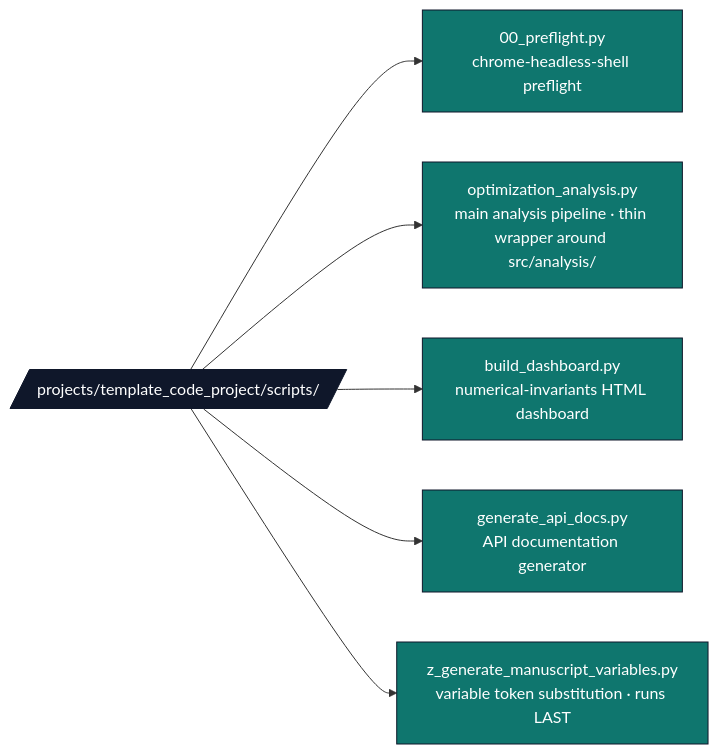
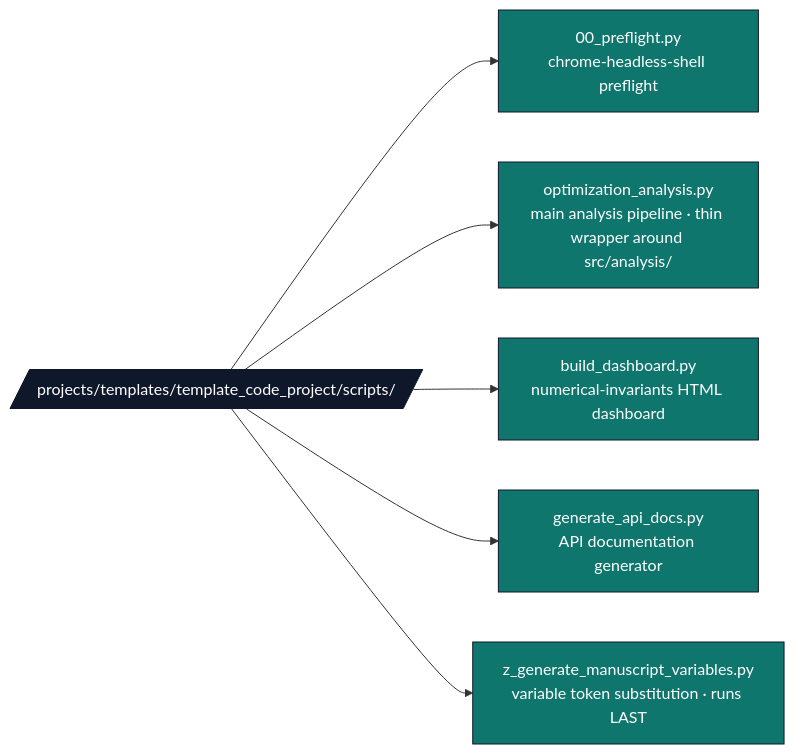
The third of 9 diagrams in docs/architecture/two-layer-architecture.md (docxology/template), drawn with Mermaid before and after one commit. The commit also changed other lines of this file and 1821 other files, not shown here.

First line of the commit message:
refactor(projects): adopt 5-folder lifecycle + move exemplars under projects/templates/

````diff
--- a/docs/architecture/two-layer-architecture.md
+++ b/docs/architecture/two-layer-architecture.md
@@ -114,14 +114,14 @@
 ```mermaid
 flowchart LR
-    SC[/projects/template_code_project/scripts//]
+    SC[/projects/templates/template_code_project/scripts//]
     SC --> PF[00_preflight.py<br/>chrome-headless-shell preflight]
     SC --> OA[optimization_analysis.py<br/>main analysis pipeline · thin wrapper around src/analysis/]
     SC --> BD[build_dashboard.py<br/>numerical-invariants HTML dashboard]
     SC --> GD[generate_api_docs.py<br/>API documentation generator]
     SC --> ZG[z_generate_manuscript_variables.py<br/>variable token substitution · runs LAST]
 
     classDef d fill:#0f172a,stroke:#0f172a,color:#fff
     classDef f fill:#0f766e,stroke:#0f172a,color:#fff
     class SC d
     class PF,OA,BD,GD,ZG f
 ```
````
